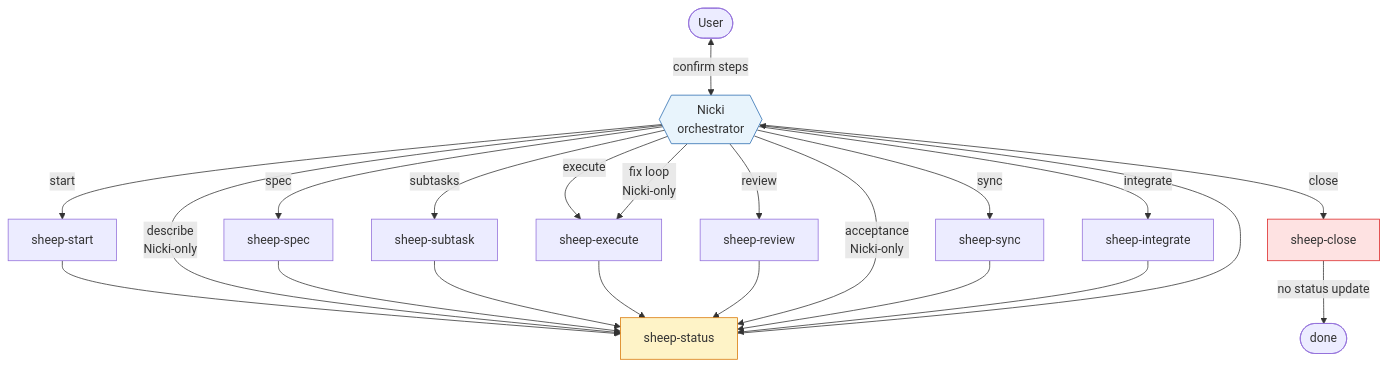
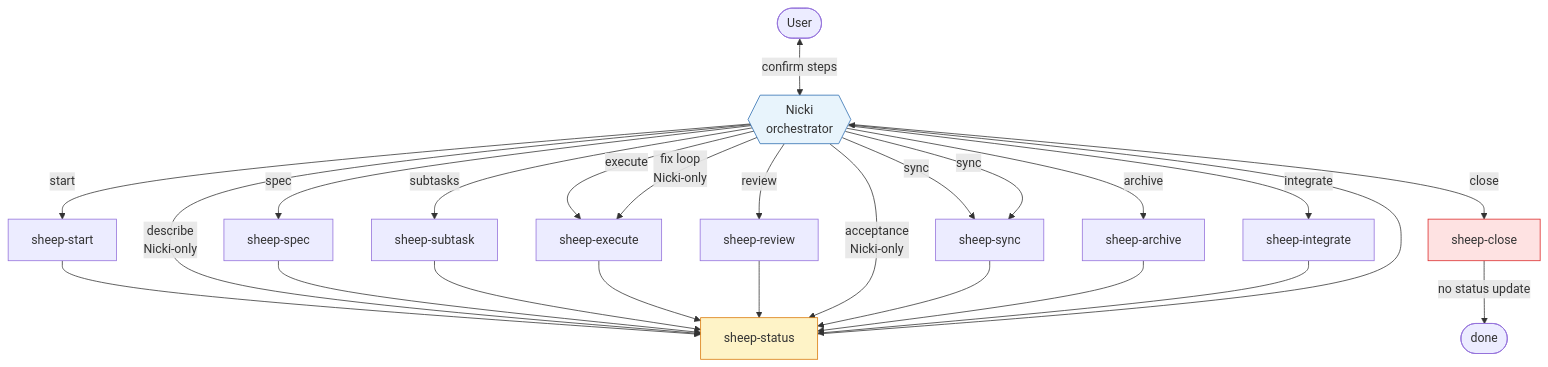
The first of 2 diagrams in docs/WORKFLOW-DIAGRAMS.md (MiltonCastilloG/nicki), drawn with Mermaid before and after one commit. The commit also changed other lines of this file and 24 other files, not shown here.

Commit message:
Archive tail workflow: sheep-archive step and gitignore tail.

````diff
--- a/docs/WORKFLOW-DIAGRAMS.md
+++ b/docs/WORKFLOW-DIAGRAMS.md
@@ -11,52 +11,58 @@
 ```mermaid
 flowchart TD
     User([User])
 
     Nicki{{Nicki<br/>orchestrator}}
 
     SS[sheep-start]
     SSpec[sheep-spec]
     SSub[sheep-subtask]
     SExec[sheep-execute]
     SRev[sheep-review]
     SSync[sheep-sync]
+    SArch[sheep-archive]
     Sint[sheep-integrate]
     SClose[sheep-close]
     SStat[sheep-status]
 
     User <-->|confirm steps| Nicki
 
     Nicki -->|start| SS
     SS --> SStat
     Nicki -->|describe<br/>Nicki-only| SStat
 
     Nicki -->|spec| SSpec
     SSpec --> SStat
 
     Nicki -->|subtasks| SSub
     SSub --> SStat
 
     Nicki -->|execute| SExec
     SExec --> SStat
 
     Nicki -->|review| SRev
     SRev --> SStat
 
     Nicki -->|acceptance<br/>Nicki-only| SStat
     Nicki -->|fix loop<br/>Nicki-only| SExec
 
     Nicki -->|sync| SSync
     SSync --> SStat
 
+    Nicki -->|archive| SArch
+    SArch --> SStat
+
+    Nicki -->|sync| SSync
+
     Nicki -->|integrate| Sint
     Sint --> SStat
 
     Nicki -->|close| SClose
     SClose -->|no status update| Done([done])
 
     SStat --> Nicki
 
     style Nicki fill:#e8f4fc,stroke:#2b6cb0
     style SStat fill:#fef3c7,stroke:#d97706
     style SClose fill:#fee2e2,stroke:#dc2626
 ```
````
